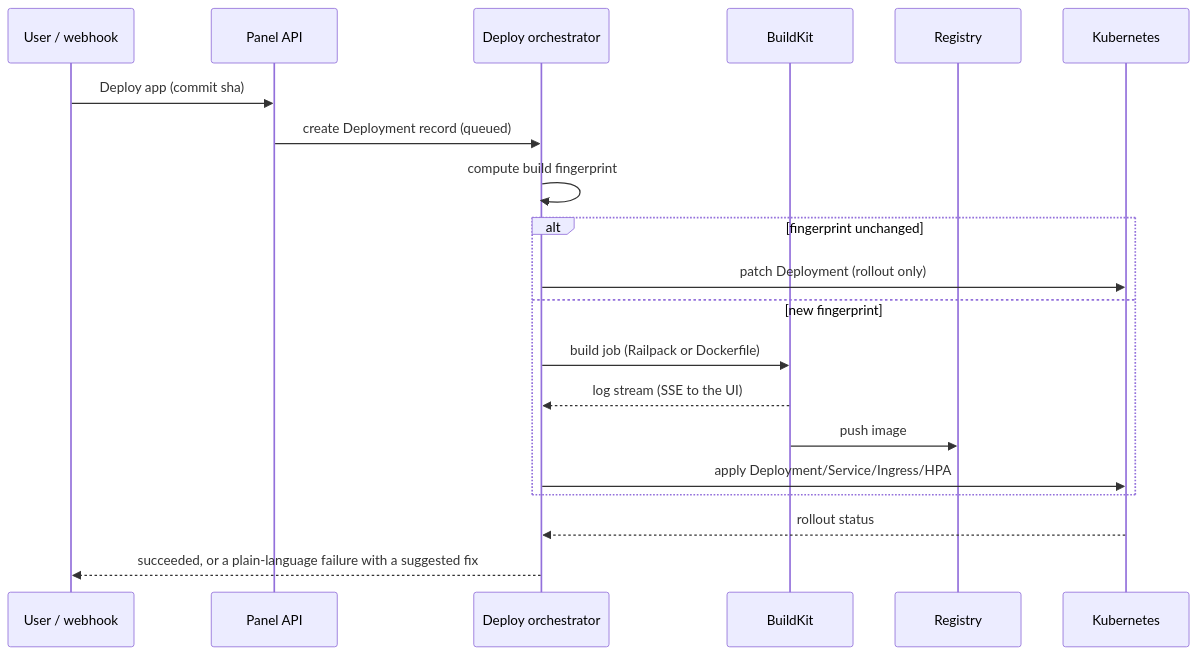
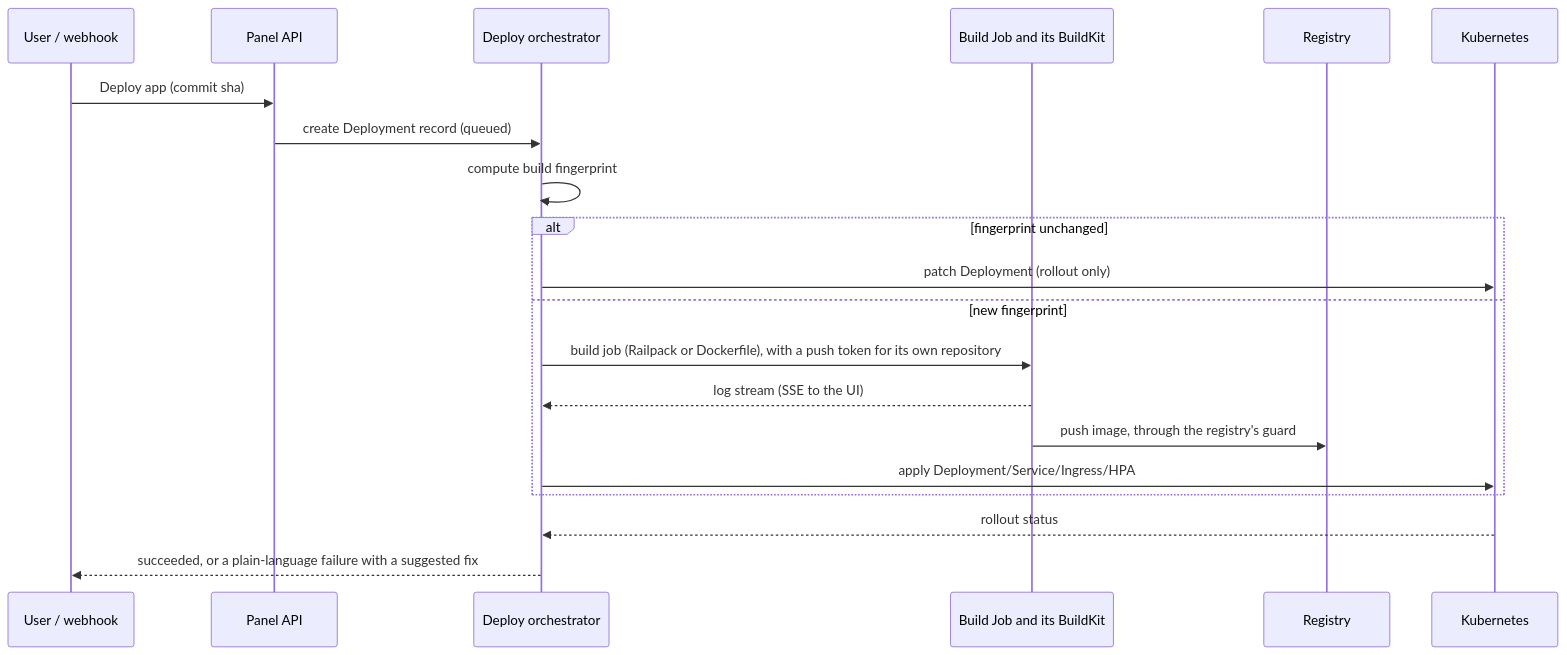
Before and after one commit to Skifity/Skifity: the second of 4 diagrams in docs/architecture.md, drawn with Mermaid. The commit also changed other lines of this file and 8 other files, not shown here.

````diff
--- a/docs/architecture.md
+++ b/docs/architecture.md
@@ -104,23 +104,23 @@
 ```mermaid
 sequenceDiagram
     participant U as User / webhook
     participant A as Panel API
     participant D as Deploy orchestrator
-    participant B as BuildKit
+    participant B as Build Job and its BuildKit
     participant R as Registry
     participant K as Kubernetes
 
     U->>A: Deploy app (commit sha)
     A->>D: create Deployment record (queued)
     D->>D: compute build fingerprint
     alt fingerprint unchanged
         D->>K: patch Deployment (rollout only)
     else new fingerprint
-        D->>B: build job (Railpack or Dockerfile)
+        D->>B: build job (Railpack or Dockerfile), with a push token for its own repository
         B-->>D: log stream (SSE to the UI)
-        B->>R: push image
+        B->>R: push image, through the registry's guard
         D->>K: apply Deployment/Service/Ingress/HPA
     end
     K-->>D: rollout status
     D-->>U: succeeded, or a plain-language failure with a suggested fix
 ```
````
